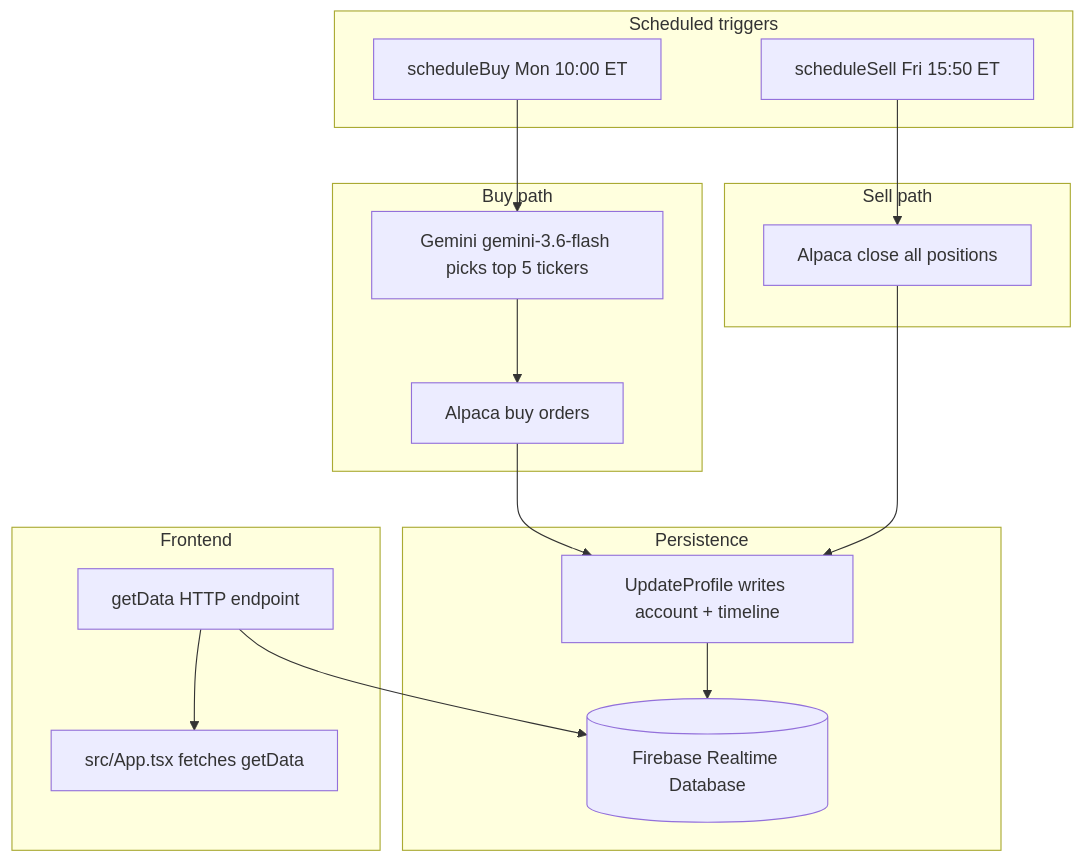
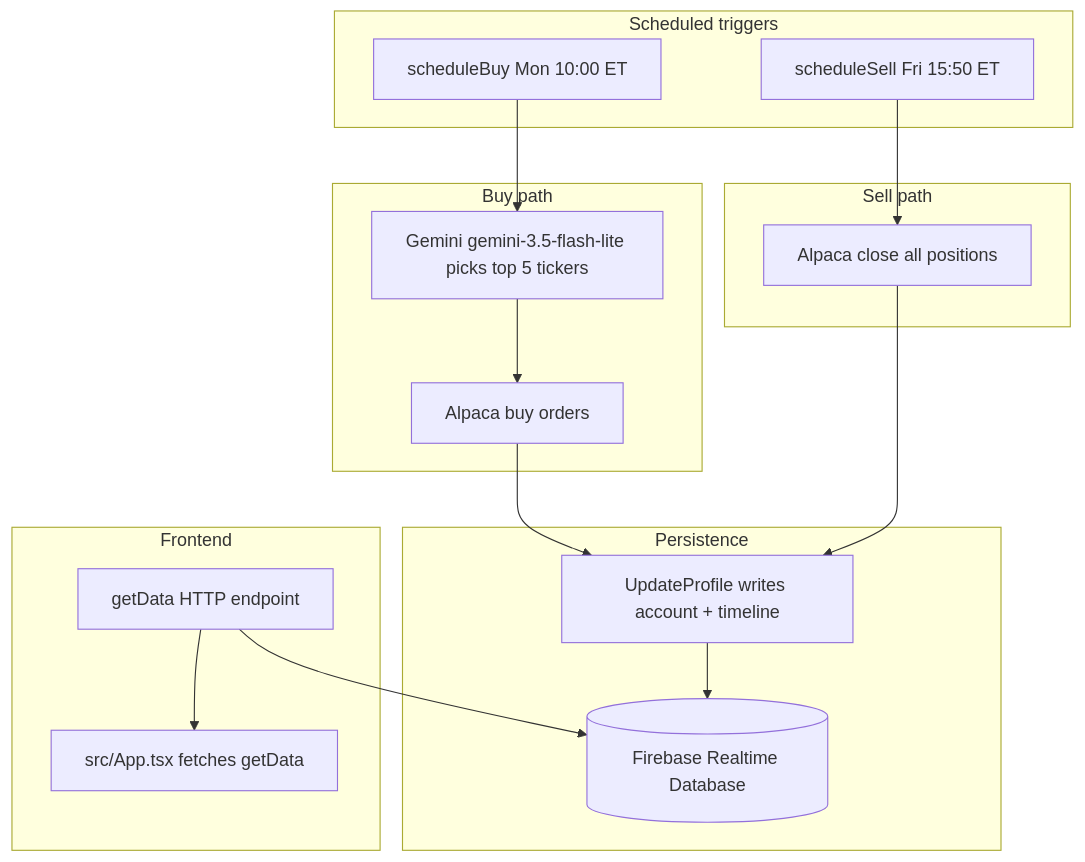
Before and after one commit to adj2424/algosus: the diagram in AGENTS.md, drawn with Mermaid. The commit also changed other lines of this file and 4 other files, not shown here.

````diff
--- a/AGENTS.md
+++ b/AGENTS.md
@@ -51,27 +51,27 @@
 ```mermaid
 flowchart TB
   subgraph schedule [Scheduled triggers]
     SB[scheduleBuy Mon 10:00 ET]
     SS[scheduleSell Fri 15:50 ET]
   end
   subgraph buy_path [Buy path]
-    GEM[Gemini gemini-3.6-flash picks top 5 tickers]
+    GEM[Gemini gemini-3.5-flash-lite picks top 5 tickers]
     ALP_B[Alpaca buy orders]
   end
   subgraph sell_path [Sell path]
     ALP_S[Alpaca close all positions]
   end
   subgraph persist [Persistence]
     UPD[UpdateProfile writes account + timeline]
     RTDB[(Firebase Realtime Database)]
   end
   subgraph ui [Frontend]
     GD[getData HTTP endpoint]
     APP[src/App.tsx fetches getData]
   end
   SB --> GEM --> ALP_B --> UPD
   SS --> ALP_S --> UPD
   UPD --> RTDB
   GD --> RTDB
   GD --> APP
 ```
````
